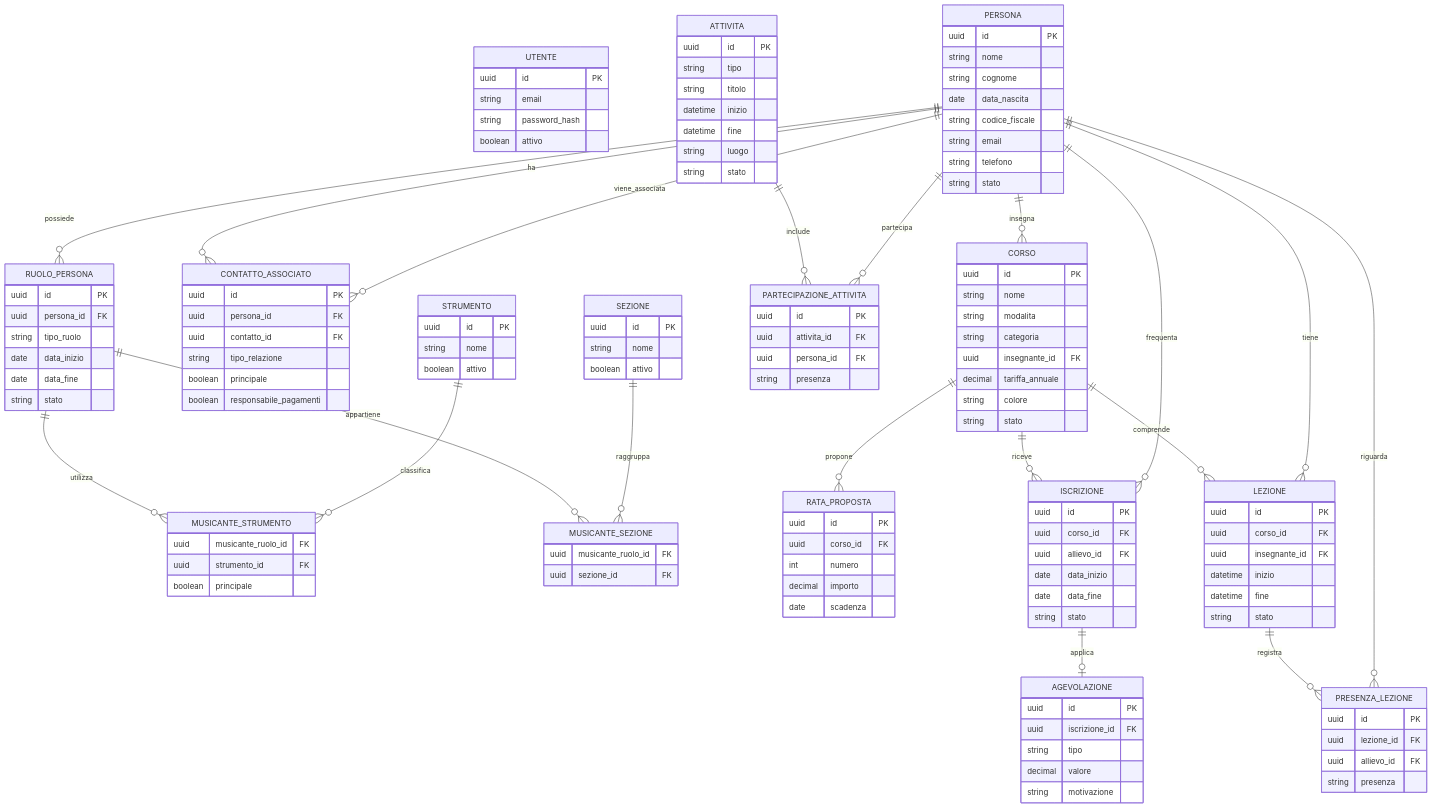
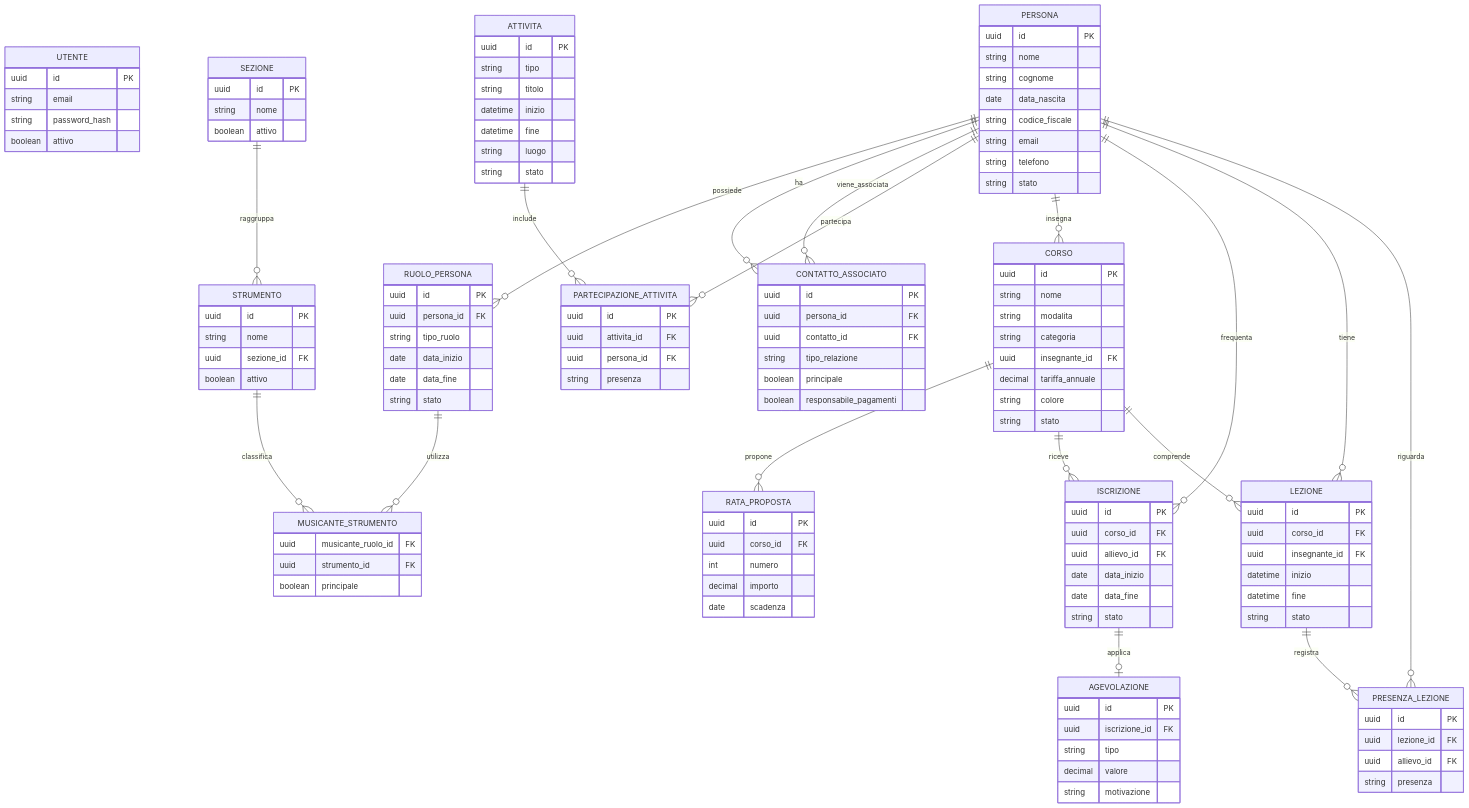
One commit to sdemarch/Arsis changed the diagram in docs/SPECIFICA_FUNZIONALE.md. Above: the diagram before and after it, drawn with Mermaid. The commit also changed other lines of this file and 9 other files, not shown here.

```diff
--- a/docs/SPECIFICA_FUNZIONALE.md
+++ b/docs/SPECIFICA_FUNZIONALE.md
@@ -588,6 +589,7 @@
     STRUMENTO {
         uuid id PK
         string nome
+        uuid sezione_id FK
         boolean attivo
     }
 
@@ -601,11 +603,6 @@
         uuid musicante_ruolo_id FK
         uuid strumento_id FK
         boolean principale
-    }
-
-    MUSICANTE_SEZIONE {
-        uuid musicante_ruolo_id FK
-        uuid sezione_id FK
     }
 
     ATTIVITA {
@@ -682,8 +679,7 @@
     PERSONA ||--o{ CONTATTO_ASSOCIATO : viene_associata
     RUOLO_PERSONA ||--o{ MUSICANTE_STRUMENTO : utilizza
     STRUMENTO ||--o{ MUSICANTE_STRUMENTO : classifica
-    RUOLO_PERSONA ||--o{ MUSICANTE_SEZIONE : appartiene
-    SEZIONE ||--o{ MUSICANTE_SEZIONE : raggruppa
+    SEZIONE ||--o{ STRUMENTO : raggruppa
     ATTIVITA ||--o{ PARTECIPAZIONE_ATTIVITA : include
     PERSONA ||--o{ PARTECIPAZIONE_ATTIVITA : partecipa
     PERSONA ||--o{ CORSO : insegna
```
